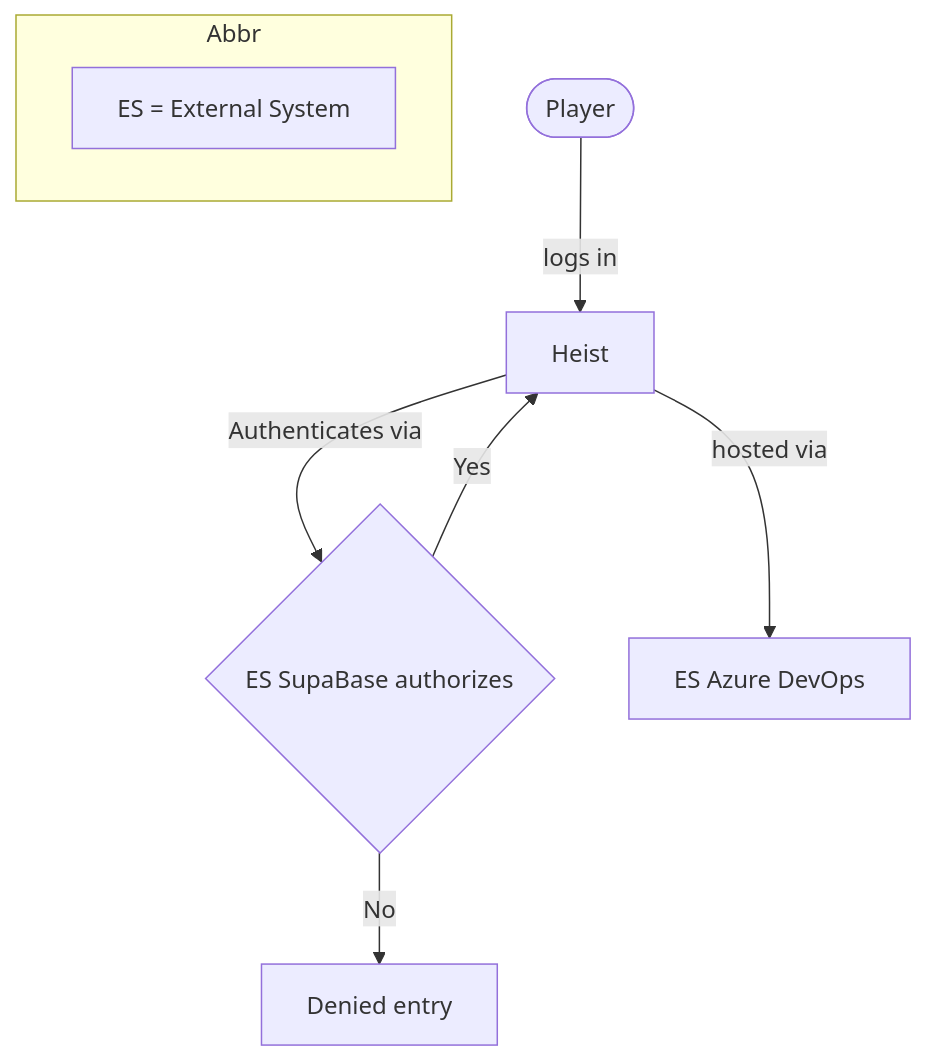
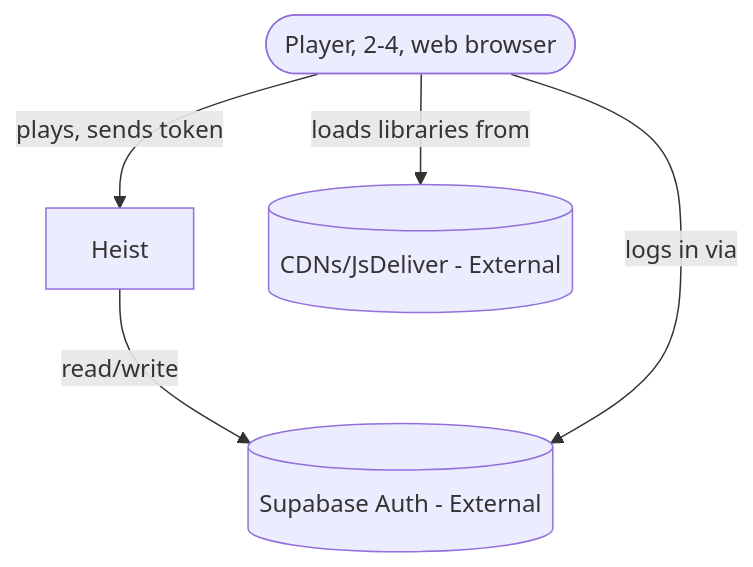
One commit to esway001/cen5064-project-swayne changed the first of 4 diagrams in README.md. Above: the diagram before and after it, drawn with Mermaid.

Commit message:
Update README.md
after consulting an ai, re-evaluated and updated the C1 context diagram

````diff
--- a/README.md
+++ b/README.md
@@ -61,12 +61,7 @@
 ```mermaid
 flowchart TB
-    user([Player]) -->|logs in| system[Heist]
-    system-->|Authenticates via|db{ES SupaBase authorizes}
-    db -- Yes --> system
-    db -- No --> systemDenial[Denied entry]
-    system -->|hosted via| server[ES Azure DevOps]
-
-    subgraph Note [Abbr]
-        N1[ES = External System]
-    end
+    user([Player, 2-4, web browser]) -->|plays, sends token| system[Heist]
+    system-->|read/write|db[(Supabase Auth - External)]
+    user-->|logs in via|db[(Supabase Auth - External)]
+    user-->|loads libraries from| dbJS[(CDNs/JsDeliver - External)]
 ```
````
